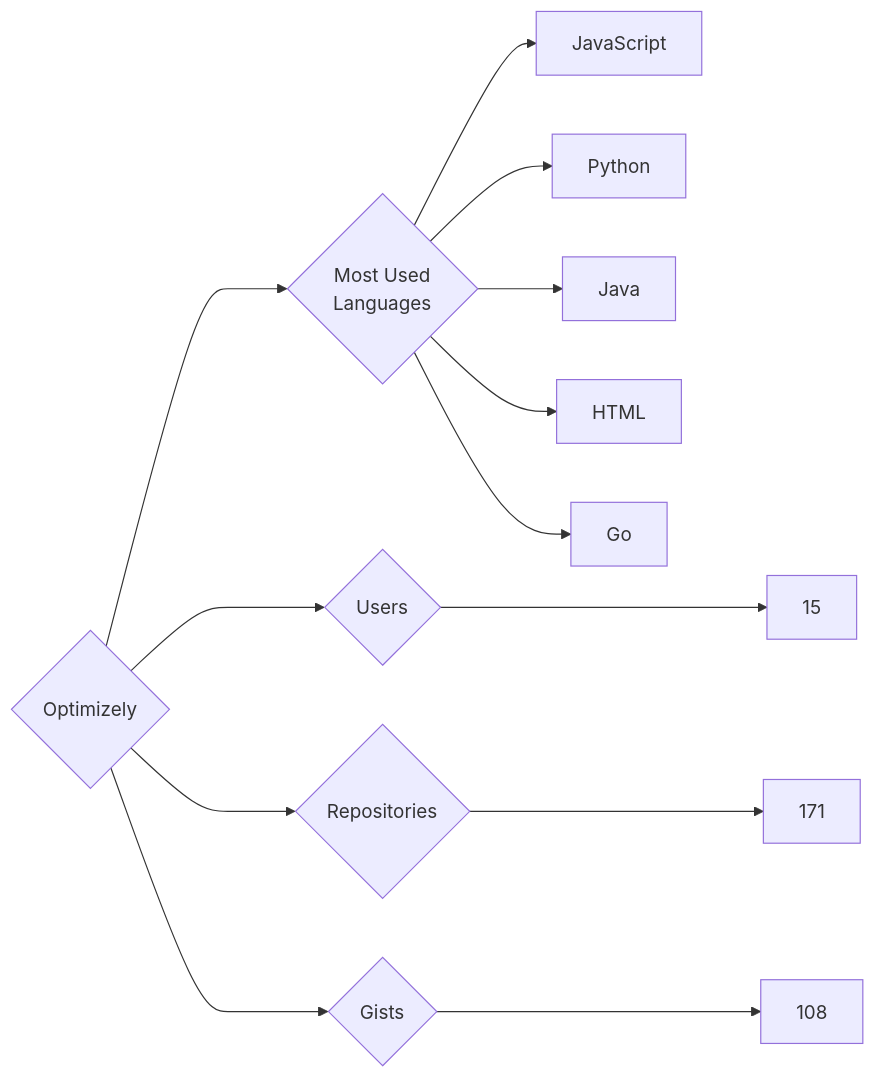
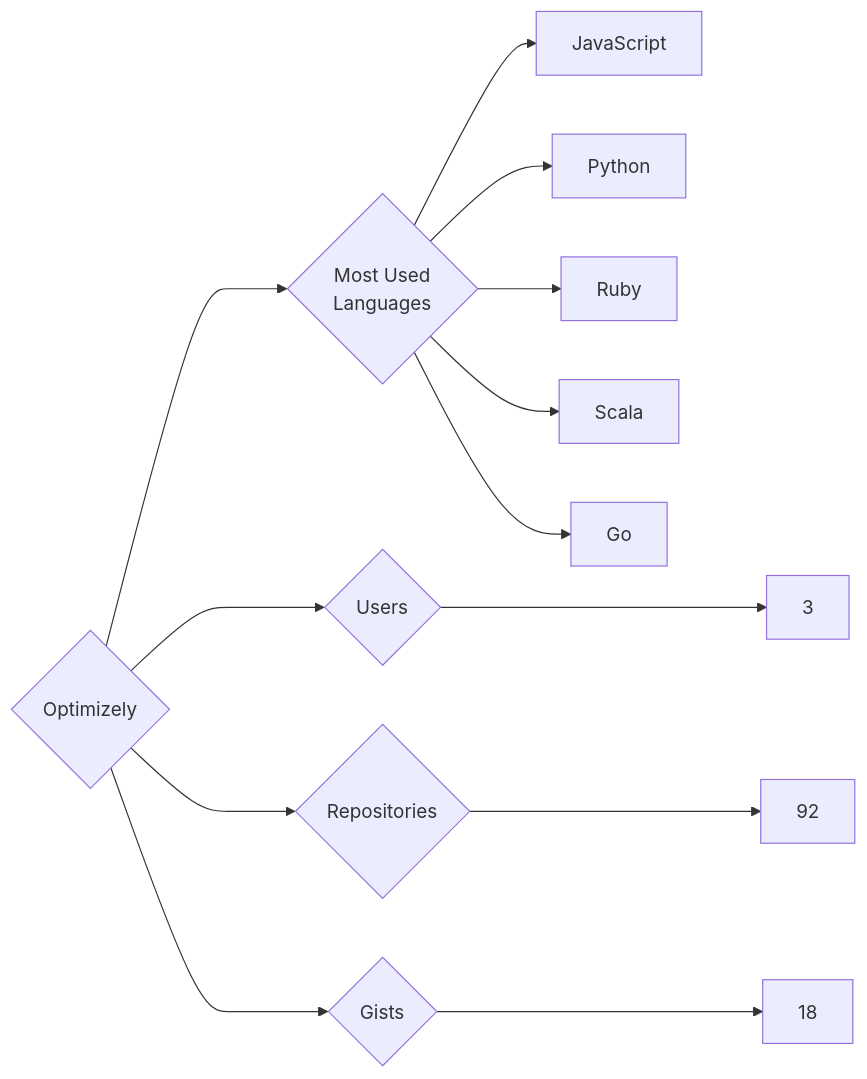
Before and after one commit to trickest/insiders: the diagram in targets/Optimizely/README.md, drawn with Mermaid. The commit also changed 928 other files, not shown here.

````diff
--- a/targets/Optimizely/README.md
+++ b/targets/Optimizely/README.md
@@ -3,13 +3,13 @@
 ```mermaid
 graph LR
 COMPANY_NAME{Optimizely}
-COMPANY_NAME ---> U{Users} ---> UN[15]
-COMPANY_NAME ---> R{Repositories} ---> RN[171]
-COMPANY_NAME ---> G{Gists} ---> GN[108]
+COMPANY_NAME ---> U{Users} ---> UN[3]
+COMPANY_NAME ---> R{Repositories} ---> RN[92]
+COMPANY_NAME ---> G{Gists} ---> GN[18]
 COMPANY_NAME ---> ML{Most Used<br>Languages}
 ML --> JavaScript[JavaScript]
 ML --> Python[Python]
-ML --> Java[Java]
-ML --> HTML[HTML]
+ML --> Ruby[Ruby]
+ML --> Scala[Scala]
 ML --> Go[Go]
 ```
````
